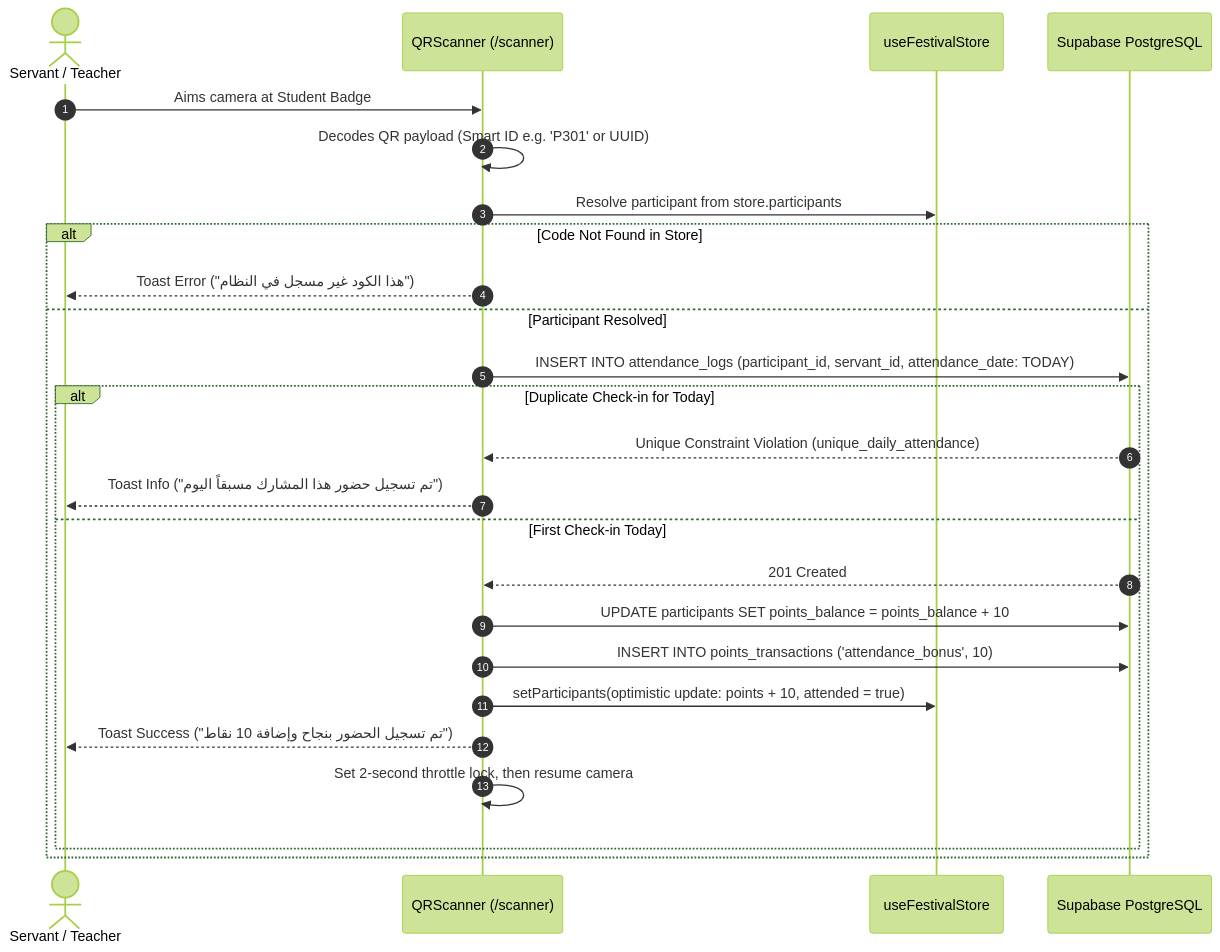
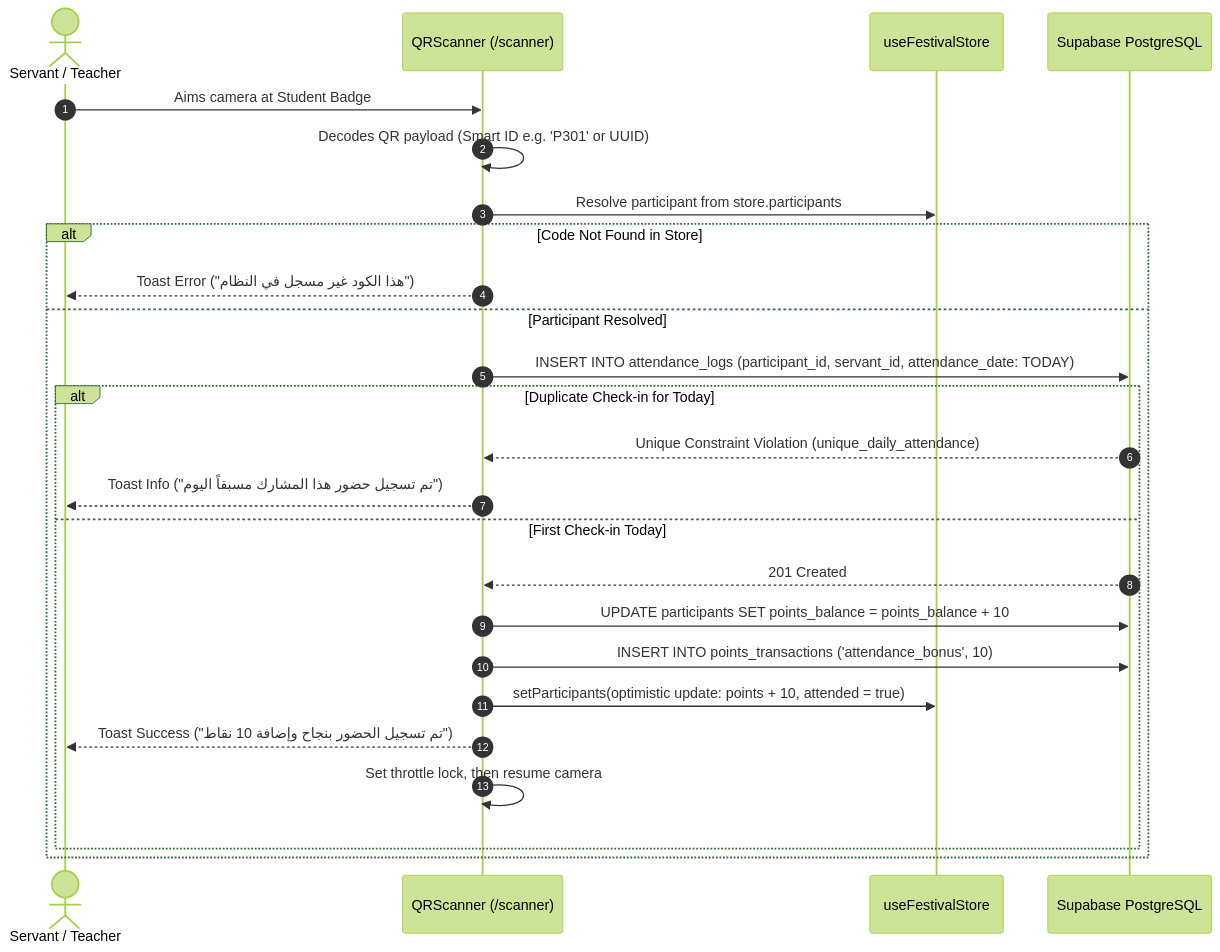
One commit to BavlyPeter/Aribsalin changed the second of 7 diagrams in MD/ARIBSALIN-DOCUMENTATION.md. Above: the diagram before and after it, drawn with Mermaid (forest theme). The commit also changed other lines of this file and 1 other file, not shown here.

````diff
--- a/MD/ARIBSALIN-DOCUMENTATION.md
+++ b/MD/ARIBSALIN-DOCUMENTATION.md
@@ -291,28 +260,28 @@
 ```mermaid
 sequenceDiagram
     autonumber
     actor Servant as Servant / Teacher
     participant Scanner as QRScanner (/scanner)
     participant Store as useFestivalStore
     participant DB as Supabase PostgreSQL
 
     Servant->>Scanner: Aims camera at Student Badge
     Scanner->>Scanner: Decodes QR payload (Smart ID e.g. 'P301' or UUID)
     Scanner->>Store: Resolve participant from store.participants
     alt Code Not Found in Store
         Scanner-->>Servant: Toast Error ("هذا الكود غير مسجل في النظام")
     else Participant Resolved
         Scanner->>DB: INSERT INTO attendance_logs (participant_id, servant_id, attendance_date: TODAY)
         alt Duplicate Check-in for Today
             DB-->>Scanner: Unique Constraint Violation (unique_daily_attendance)
             Scanner-->>Servant: Toast Info ("تم تسجيل حضور هذا المشارك مسبقاً اليوم")
         else First Check-in Today
             DB-->>Scanner: 201 Created
             Scanner->>DB: UPDATE participants SET points_balance = points_balance + 10
             Scanner->>DB: INSERT INTO points_transactions ('attendance_bonus', 10)
             Scanner->>Store: setParticipants(optimistic update: points + 10, attended = true)
             Scanner-->>Servant: Toast Success ("تم تسجيل الحضور بنجاح وإضافة 10 نقاط")
-            Scanner->>Scanner: Set 2-second throttle lock, then resume camera
+            Scanner->>Scanner: Set throttle lock, then resume camera
         end
     end
 ```
````
